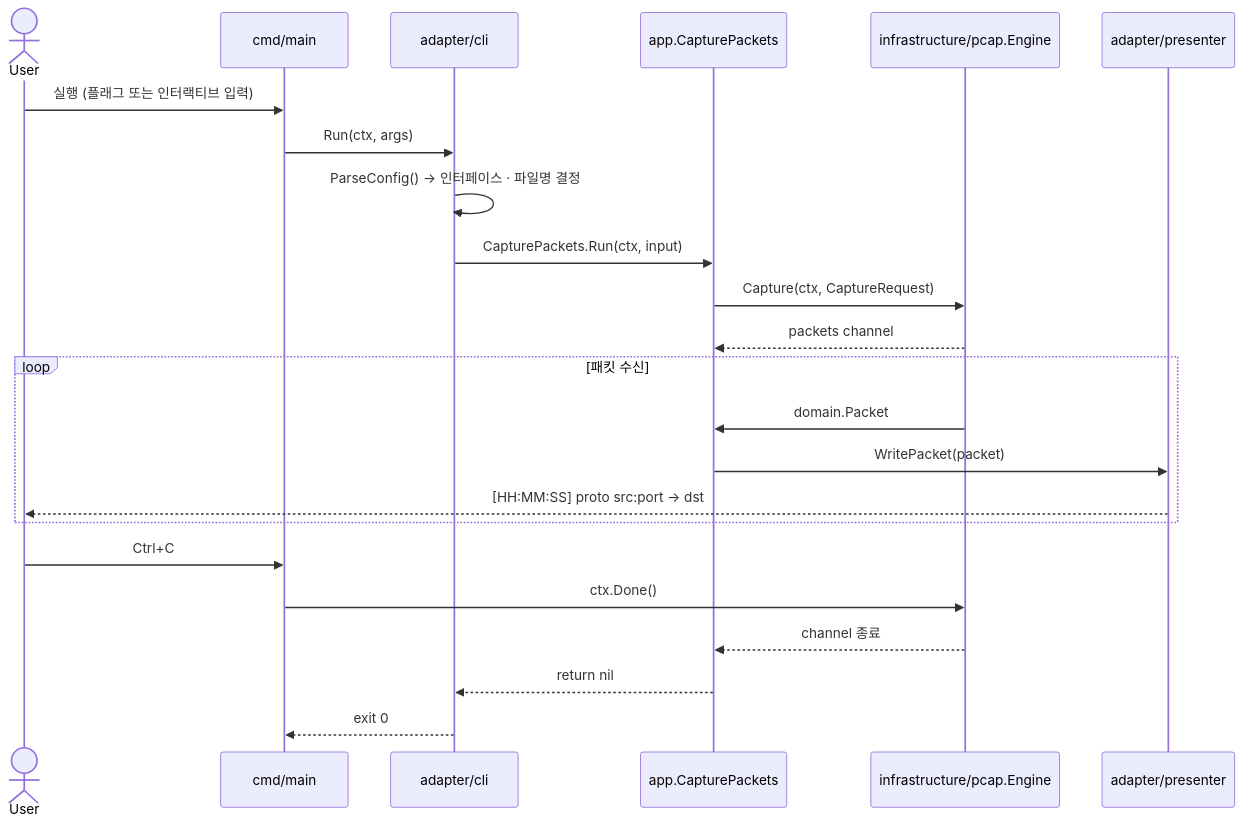
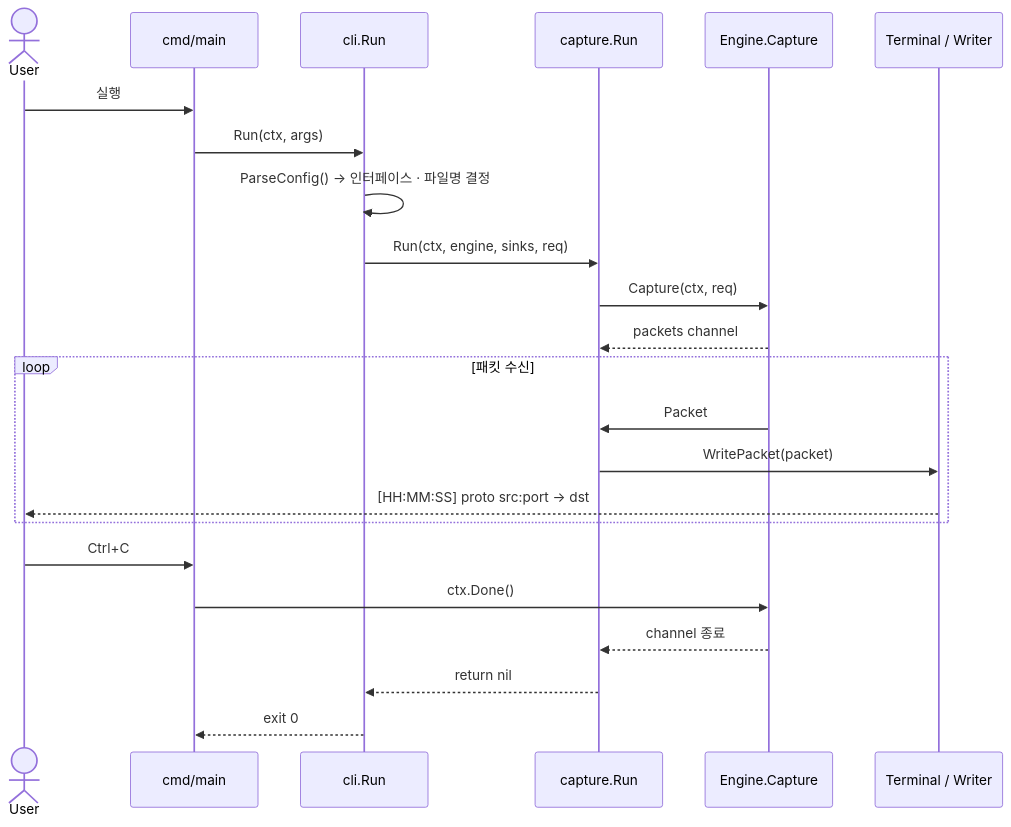
Before and after one commit to kwon93/goscope: the second of 2 diagrams in docs/overall-architecture.md, drawn with Mermaid. The commit also changed other lines of this file and 23 other files, not shown here.

````diff
--- a/docs/overall-architecture.md
+++ b/docs/overall-architecture.md
@@ -70,28 +66,28 @@
 ```mermaid
 sequenceDiagram
     actor User
     participant main as cmd/main
-    participant cli as adapter/cli
-    participant uc as app.CapturePackets
-    participant engine as infrastructure/pcap.Engine
-    participant sink as adapter/presenter
+    participant cli as cli.Run
+    participant cap as capture.Run
+    participant engine as Engine.Capture
+    participant sink as Terminal / Writer
 
-    User->>main: 실행 (플래그 또는 인터랙티브 입력)
+    User->>main: 실행
     main->>cli: Run(ctx, args)
     cli->>cli: ParseConfig() → 인터페이스 · 파일명 결정
-    cli->>uc: CapturePackets.Run(ctx, input)
-    uc->>engine: Capture(ctx, CaptureRequest)
-    engine-->>uc: packets channel
+    cli->>cap: Run(ctx, engine, sinks, req)
+    cap->>engine: Capture(ctx, req)
+    engine-->>cap: packets channel
 
     loop 패킷 수신
-        engine->>uc: domain.Packet
-        uc->>sink: WritePacket(packet)
+        engine->>cap: Packet
+        cap->>sink: WritePacket(packet)
         sink-->>User: [HH:MM:SS] proto src:port → dst
     end
 
     User->>main: Ctrl+C
     main->>engine: ctx.Done()
-    engine-->>uc: channel 종료
-    uc-->>cli: return nil
+    engine-->>cap: channel 종료
+    cap-->>cli: return nil
     cli-->>main: exit 0
 ```
````
